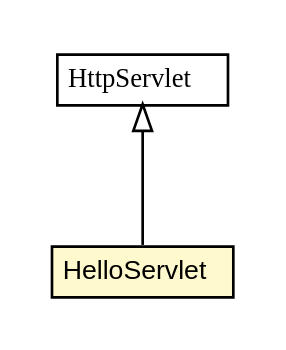
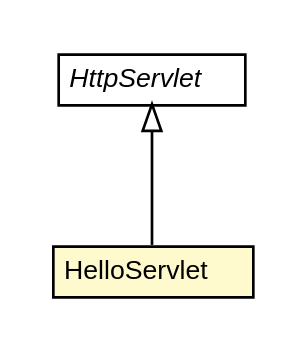
Before and after one commit to trajano/app: the diagram in apidocs/net/trajano/app/HelloServlet.dot, drawn with Graphviz. The commit also changed 277 other files, not shown here.

```diff
--- a/apidocs/net/trajano/app/HelloServlet.dot
+++ b/apidocs/net/trajano/app/HelloServlet.dot
@@ -1,26 +1,26 @@
 #!/usr/local/bin/dot
 #
 # Class diagram 
 # Generated by UMLGraph version R5_6-24-gf6e263 (http://www.umlgraph.org/)
 #
 
 digraph G {
-	edge [fontname="arial",fontsize=10,labelfontname="arial",labelfontsize=10];
-	node [fontname="arial",fontsize=10,shape=plaintext];
+	edge [fontname="Helvetica",fontsize=10,labelfontname="Helvetica",labelfontsize=10];
+	node [fontname="Helvetica",fontsize=10,shape=plaintext];
 	nodesep=0.25;
 	ranksep=0.5;
 	// net.trajano.app.HelloServlet
-	c511 [label=<<table title="net.trajano.app.HelloServlet" border="0" cellborder="1" cellspacing="0" cellpadding="2" port="p" bgcolor="lemonChiffon" href="./HelloServlet.html">
+	c530 [label=<<table title="net.trajano.app.HelloServlet" border="0" cellborder="1" cellspacing="0" cellpadding="2" port="p" bgcolor="lemonChiffon" href="./HelloServlet.html">
 		<tr><td><table border="0" cellspacing="0" cellpadding="1">
 <tr><td align="center" balign="center"> HelloServlet </td></tr>
 		</table></td></tr>
-		</table>>, URL="./HelloServlet.html", fontname="arial", fontcolor="black", fontsize=10.0];
+		</table>>, URL="./HelloServlet.html", fontname="Helvetica", fontcolor="black", fontsize=10.0];
 	//net.trajano.app.HelloServlet extends javax.servlet.http.HttpServlet
-	c525:p -> c511:p [dir=back,arrowtail=empty];
+	c544:p -> c530:p [dir=back,arrowtail=empty];
 	// javax.servlet.http.HttpServlet
-	c525 [label=<<table title="javax.servlet.http.HttpServlet" border="0" cellborder="1" cellspacing="0" cellpadding="2" port="p" href="http://java.sun.com/j2se/1.4.2/docs/api/javax/servlet/http/HttpServlet.html">
+	c544 [label=<<table title="javax.servlet.http.HttpServlet" border="0" cellborder="1" cellspacing="0" cellpadding="2" port="p" href="http://java.sun.com/j2se/1.4.2/docs/api/javax/servlet/http/HttpServlet.html">
 		<tr><td><table border="0" cellspacing="0" cellpadding="1">
-<tr><td align="center" balign="center"><font face="arial italic"> HttpServlet </font></td></tr>
+<tr><td align="center" balign="center"><font face="Helvetica-Oblique"> HttpServlet </font></td></tr>
 		</table></td></tr>
-		</table>>, URL="http://java.sun.com/j2se/1.4.2/docs/api/javax/servlet/http/HttpServlet.html", fontname="arial", fontcolor="black", fontsize=10.0];
+		</table>>, URL="http://java.sun.com/j2se/1.4.2/docs/api/javax/servlet/http/HttpServlet.html", fontname="Helvetica", fontcolor="black", fontsize=10.0];
 }
```
